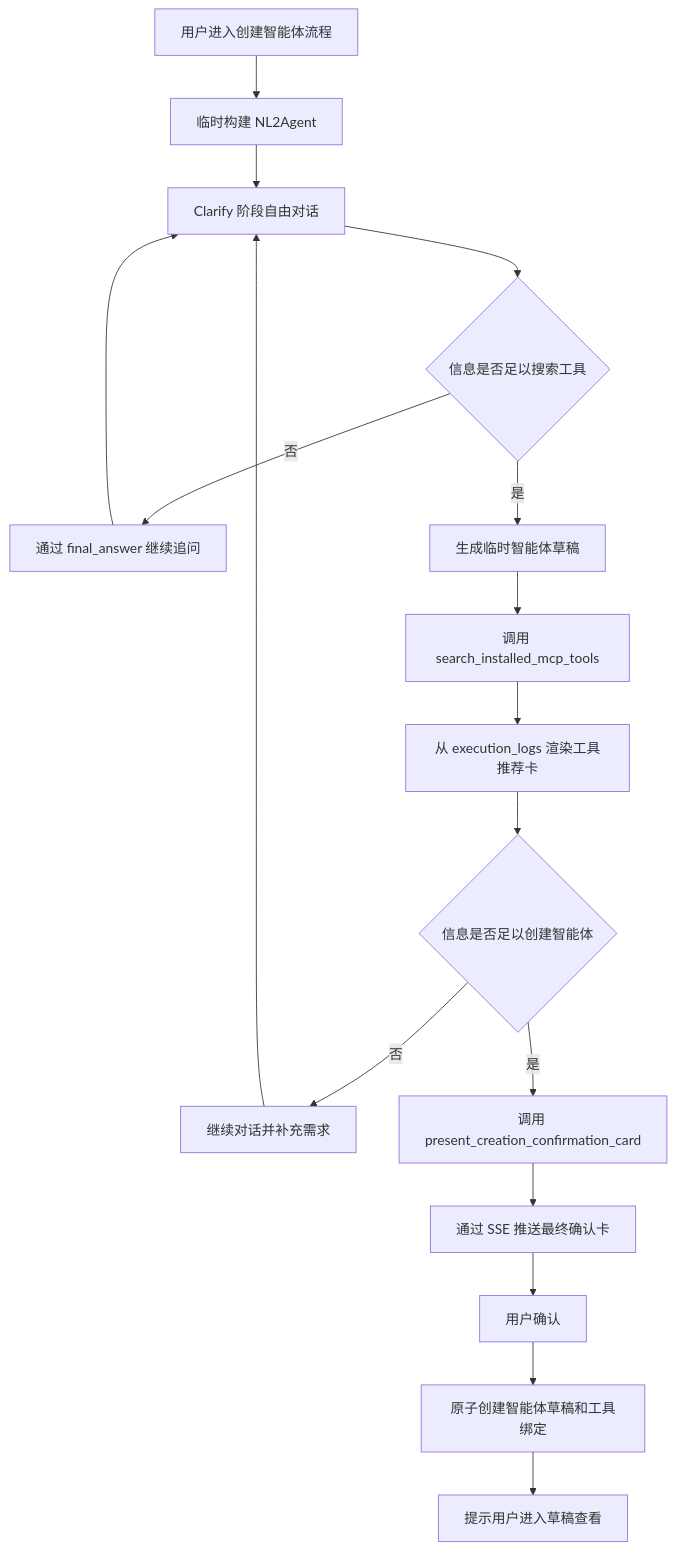
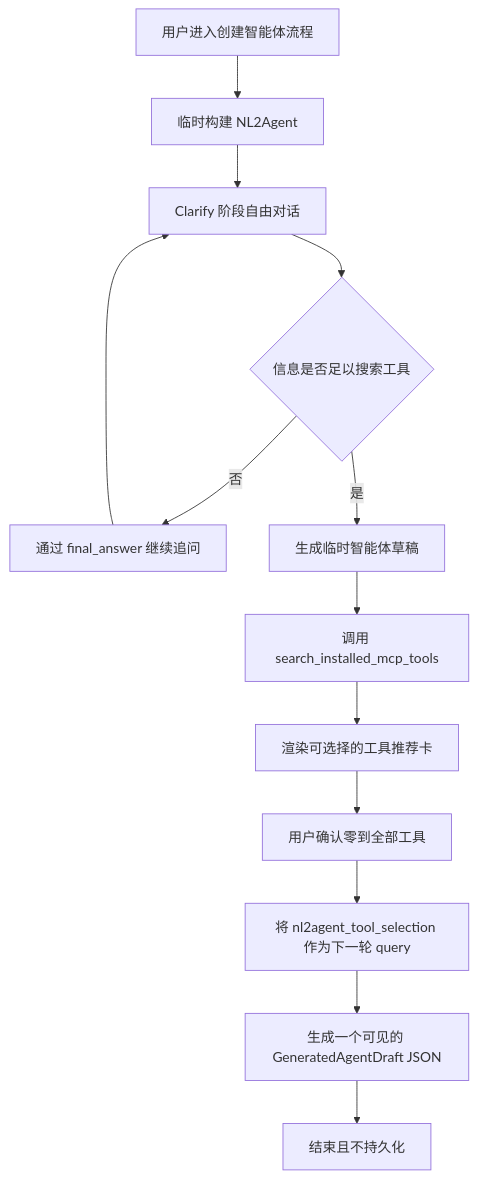
The diagram in doc/nl2agent-design-zh.md (ModelEngine-Group/nexent), drawn with Mermaid before and after one commit. The commit also changed other lines of this file and 10 other files, not shown here.

Commit message:
✨ Feat: Confirm NL2Agent tool selections

````diff
--- a/doc/nl2agent-design-zh.md
+++ b/doc/nl2agent-design-zh.md
@@ -93,19 +101,15 @@
 ```mermaid
 flowchart TD
     A[用户进入创建智能体流程] --> B[临时构建 NL2Agent]
     B --> C[Clarify 阶段自由对话]
     C --> D{信息是否足以搜索工具}
     D -- 否 --> E[通过 final_answer 继续追问]
     E --> C
     D -- 是 --> F[生成临时智能体草稿]
     F --> G[调用 search_installed_mcp_tools]
-    G --> H[从 execution_logs 渲染工具推荐卡]
-    H --> I{信息是否足以创建智能体}
-    I -- 否 --> J[继续对话并补充需求]
-    J --> C
-    I -- 是 --> K[调用 present_creation_confirmation_card]
-    K --> L[通过 SSE 推送最终确认卡]
-    L --> M[用户确认]
-    M --> N[原子创建智能体草稿和工具绑定]
-    N --> O[提示用户进入草稿查看]
+    G --> H[渲染可选择的工具推荐卡]
+    H --> I[用户确认零到全部工具]
+    I --> J[将 nl2agent_tool_selection 作为下一轮 query]
+    J --> K[生成一个可见的 GeneratedAgentDraft JSON]
+    K --> L[结束且不持久化]
 ```
````
